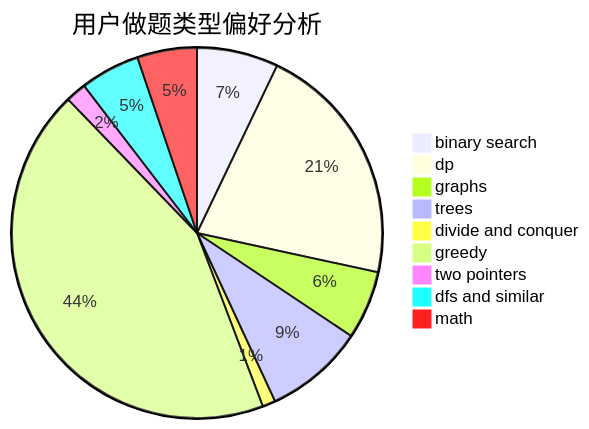
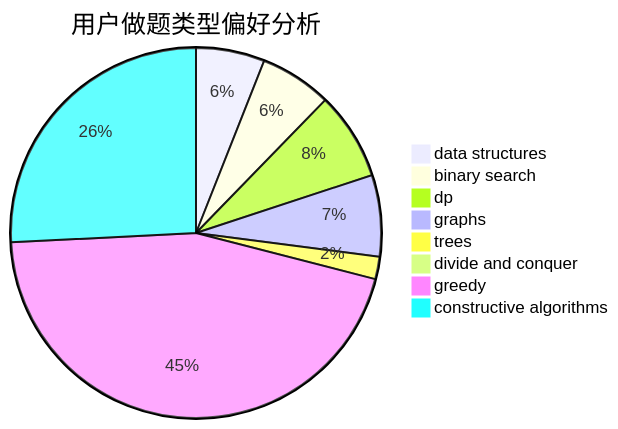
Before and after one commit to sherpahu/cfrs.github.io: the second of 3 diagrams in docs/user/u2697.md, drawn with Mermaid. The commit also changed other lines of this file and 2775 other files, not shown here.

````diff
--- a/docs/user/u2697.md
+++ b/docs/user/u2697.md
@@ -23,12 +23,11 @@
 ```mermaid
 pie title 用户做题类型偏好分析
-    "binary search" :  75
-    "dp" :  225
-    "graphs" :  63
-    "trees" :  92
-    "divide and conquer" :  12
-    "greedy" :  460
-    "two pointers" :  19
-    "dfs and similar" :  55
-    "math" :  55
+    "data structures" :  43
+    "binary search" :  45
+    "dp" :  55
+    "graphs" :  51
+    "trees" :  14
+    "divide and conquer" :  4
+    "greedy" :  324
+    "constructive algorithms" :  185
 ```
````
